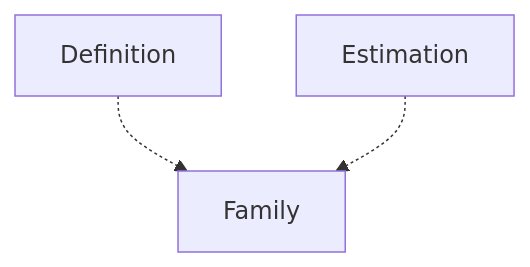
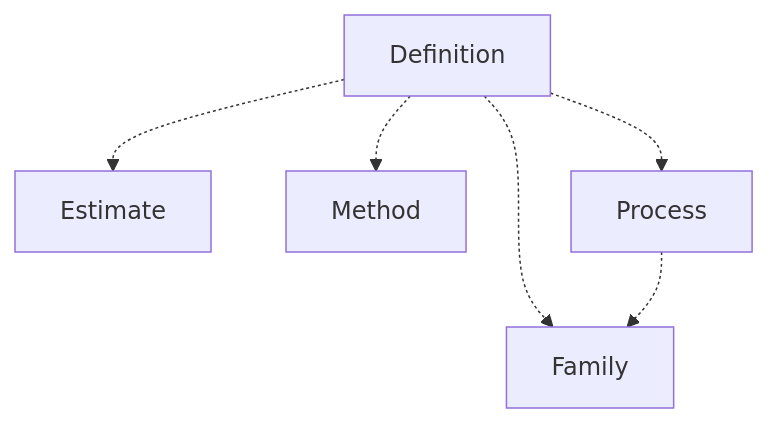
The diagram in examples/requirements/req/output/development/domain-domain.process.md (glemzurg/glemzurg), drawn with Mermaid before and after one commit. The commit also changed other lines of this file and 103 other files, not shown here.

````diff
--- a/examples/requirements/req/output/development/domain-domain.process.md
+++ b/examples/requirements/req/output/development/domain-domain.process.md
@@ -11,9 +11,14 @@
 ```mermaid
 graph TD
 subdomain_domain_process_subdomain_definition["Definition"]
-subdomain_domain_process_subdomain_estimation["Estimation"]
+subdomain_domain_process_subdomain_estimate["Estimate"]
 subdomain_domain_process_subdomain_family["Family"]
+subdomain_domain_process_subdomain_method["Method"]
+subdomain_domain_process_subdomain_process["Process"]
+subdomain_domain_process_subdomain_definition -.-> subdomain_domain_process_subdomain_estimate
 subdomain_domain_process_subdomain_definition -.-> subdomain_domain_process_subdomain_family
-subdomain_domain_process_subdomain_estimation -.-> subdomain_domain_process_subdomain_family
+subdomain_domain_process_subdomain_definition -.-> subdomain_domain_process_subdomain_method
+subdomain_domain_process_subdomain_definition -.-> subdomain_domain_process_subdomain_process
+subdomain_domain_process_subdomain_process -.-> subdomain_domain_process_subdomain_family
 
 ```
````
